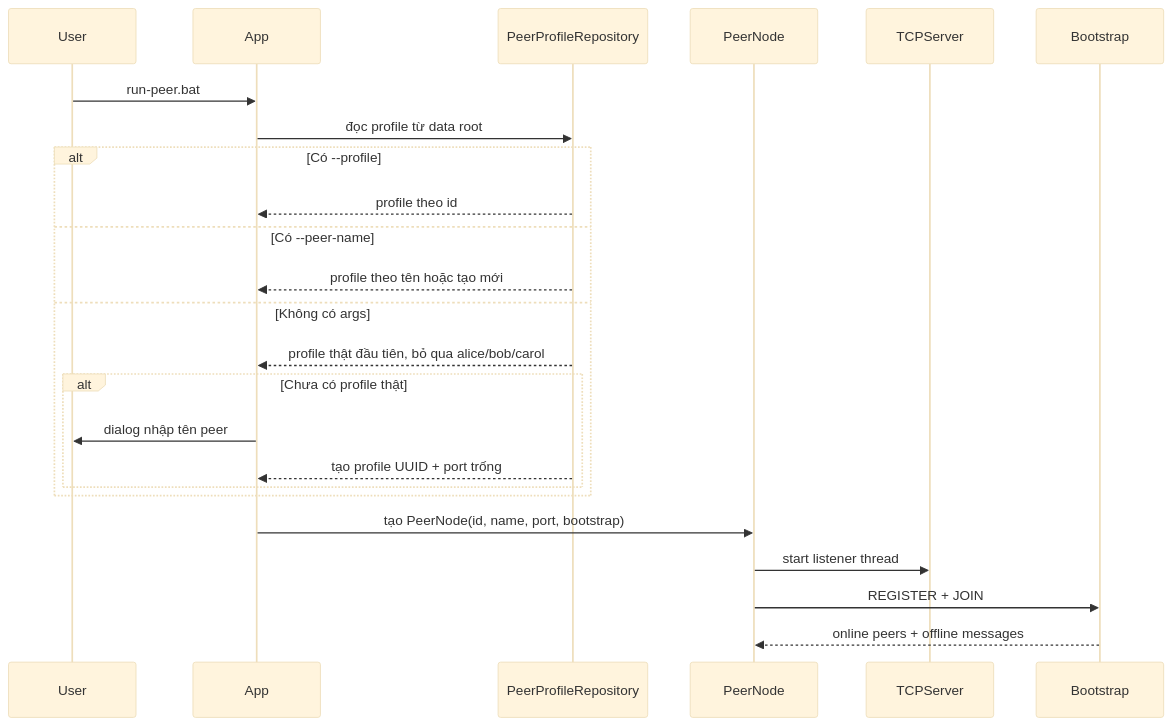
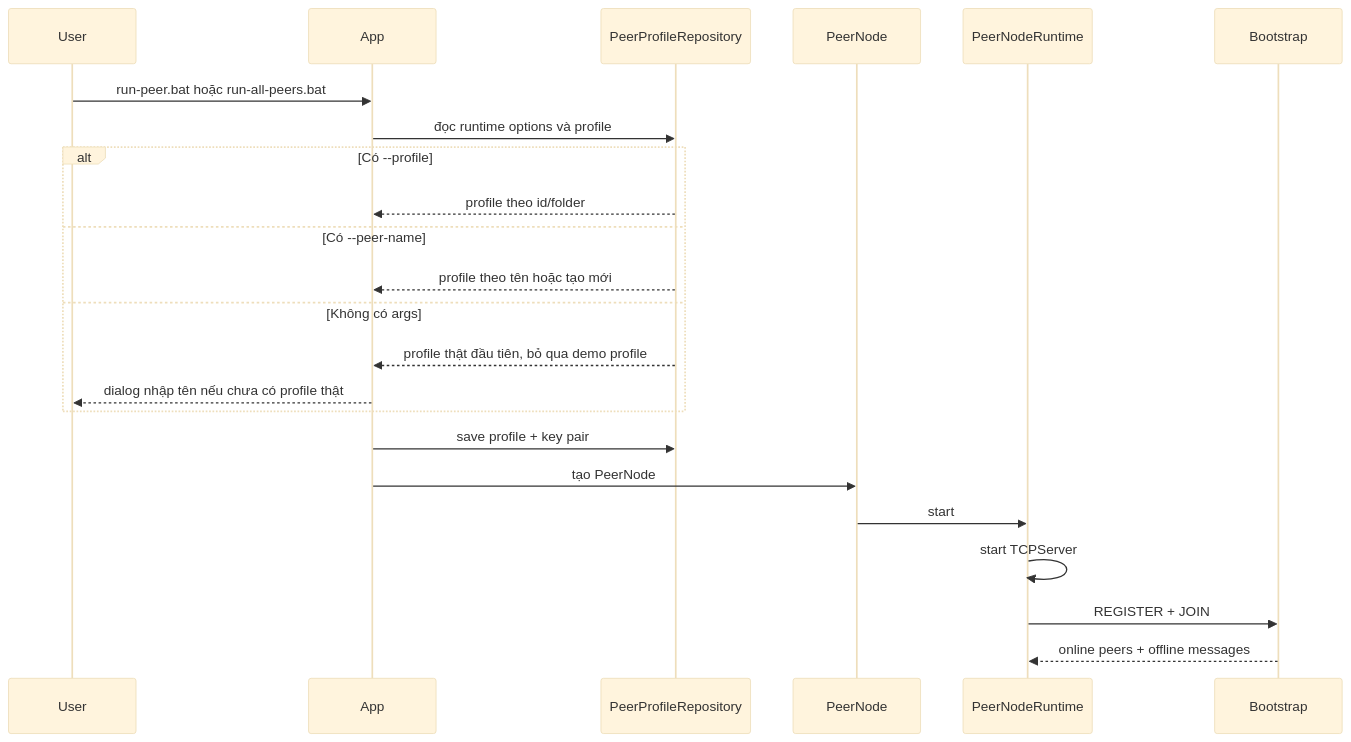
Before and after one commit to dungcony/p2p: the second of 2 diagrams in docs/design.md, drawn with Mermaid (base theme). The commit also changed other lines of this file and 14 other files, not shown here.

````diff
--- a/docs/design.md
+++ b/docs/design.md
@@ -87,27 +120,26 @@
 ```mermaid
 sequenceDiagram
     participant User
     participant App
     participant Repo as PeerProfileRepository
     participant Node as PeerNode
-    participant TCP as TCPServer
+    participant Runtime as PeerNodeRuntime
     participant BS as Bootstrap
 
-    User->>App: run-peer.bat
-    App->>Repo: đọc profile từ data root
+    User->>App: run-peer.bat hoặc run-all-peers.bat
+    App->>Repo: đọc runtime options và profile
     alt Có --profile
-        Repo-->>App: profile theo id
+        Repo-->>App: profile theo id/folder
     else Có --peer-name
         Repo-->>App: profile theo tên hoặc tạo mới
     else Không có args
-        Repo-->>App: profile thật đầu tiên, bỏ qua alice/bob/carol
-        alt Chưa có profile thật
-            App->>User: dialog nhập tên peer
-            Repo-->>App: tạo profile UUID + port trống
-        end
+        Repo-->>App: profile thật đầu tiên, bỏ qua demo profile
+        App-->>User: dialog nhập tên nếu chưa có profile thật
     end
-    App->>Node: tạo PeerNode(id, name, port, bootstrap)
-    Node->>TCP: start listener thread
-    Node->>BS: REGISTER + JOIN
-    BS-->>Node: online peers + offline messages
+    App->>Repo: save profile + key pair
+    App->>Node: tạo PeerNode
+    Node->>Runtime: start
+    Runtime->>Runtime: start TCPServer
+    Runtime->>BS: REGISTER + JOIN
+    BS-->>Runtime: online peers + offline messages
 ```
````
